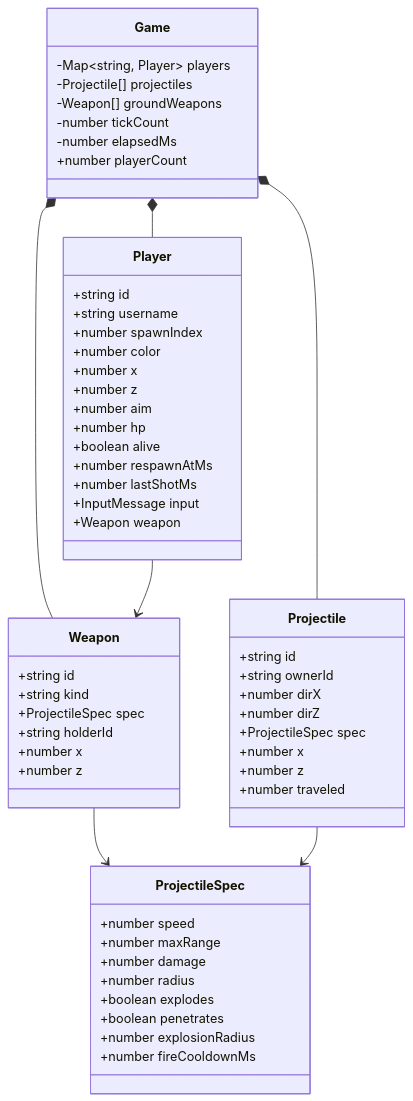
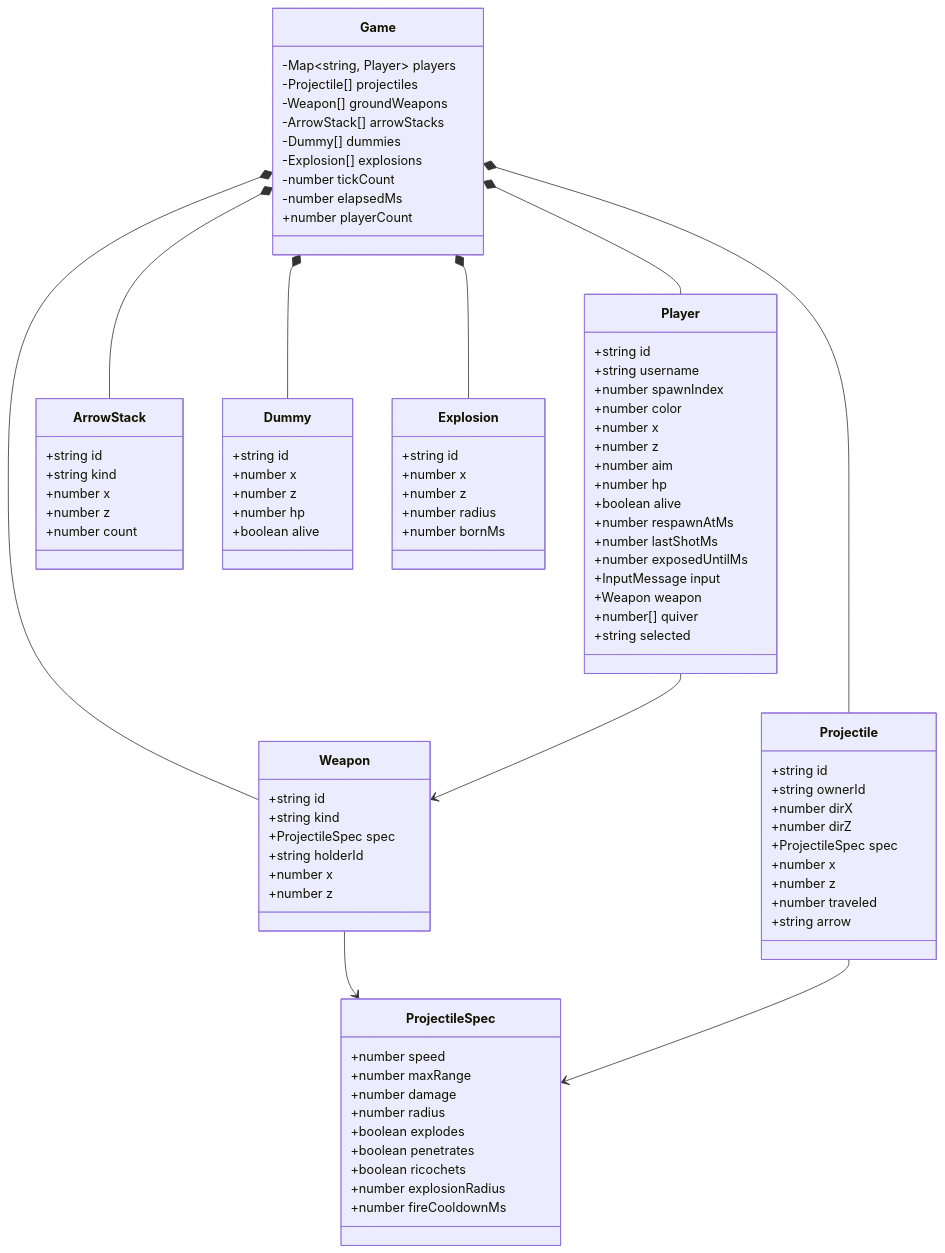
One commit to gabe-crafting/bowcraft changed the second of 4 diagrams in docs/class-map.md. Above: the diagram before and after it, drawn with Mermaid. The commit also changed other lines of this file and 31 other files, not shown here.

```diff
--- a/docs/class-map.md
+++ b/docs/class-map.md
@@ -51,6 +60,9 @@
     -Map~string, Player~ players
     -Projectile[] projectiles
     -Weapon[] groundWeapons
+    -ArrowStack[] arrowStacks
+    -Dummy[] dummies
+    -Explosion[] explosions
     -number tickCount
     -number elapsedMs
     +number playerCount
@@ -67,8 +79,11 @@
     +boolean alive
     +number respawnAtMs
     +number lastShotMs
+    +number exposedUntilMs
     +InputMessage input
     +Weapon weapon
+    +number[] quiver
+    +string selected
   }
   class Weapon {
     +string id
@@ -87,6 +102,28 @@
     +number x
     +number z
     +number traveled
+    +string arrow
+  }
+  class ArrowStack {
+    +string id
+    +string kind
+    +number x
+    +number z
+    +number count
+  }
+  class Dummy {
+    +string id
+    +number x
+    +number z
+    +number hp
+    +boolean alive
+  }
+  class Explosion {
+    +string id
+    +number x
+    +number z
+    +number radius
+    +number bornMs
   }
   class ProjectileSpec {
     +number speed
@@ -95,12 +132,16 @@
     +number radius
     +boolean explodes
     +boolean penetrates
+    +boolean ricochets
     +number explosionRadius
     +number fireCooldownMs
   }
   Game *-- Player
   Game *-- Projectile
   Game *-- Weapon
+  Game *-- ArrowStack
+  Game *-- Dummy
+  Game *-- Explosion
   Player --> Weapon
   Weapon --> ProjectileSpec
   Projectile --> ProjectileSpec
```
